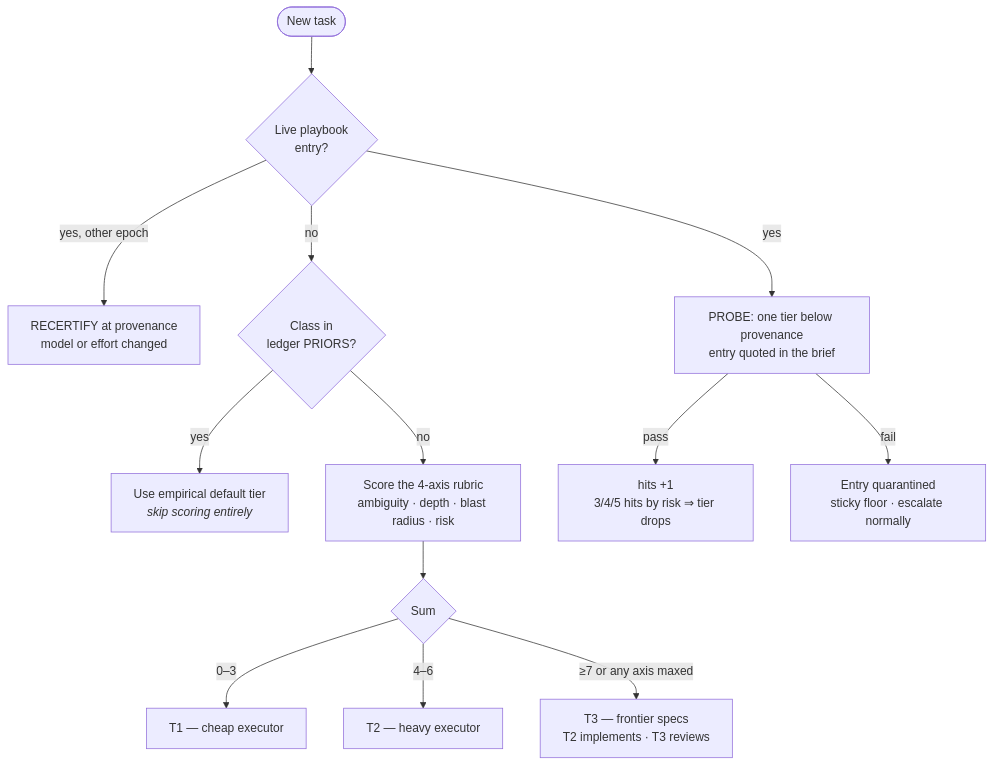
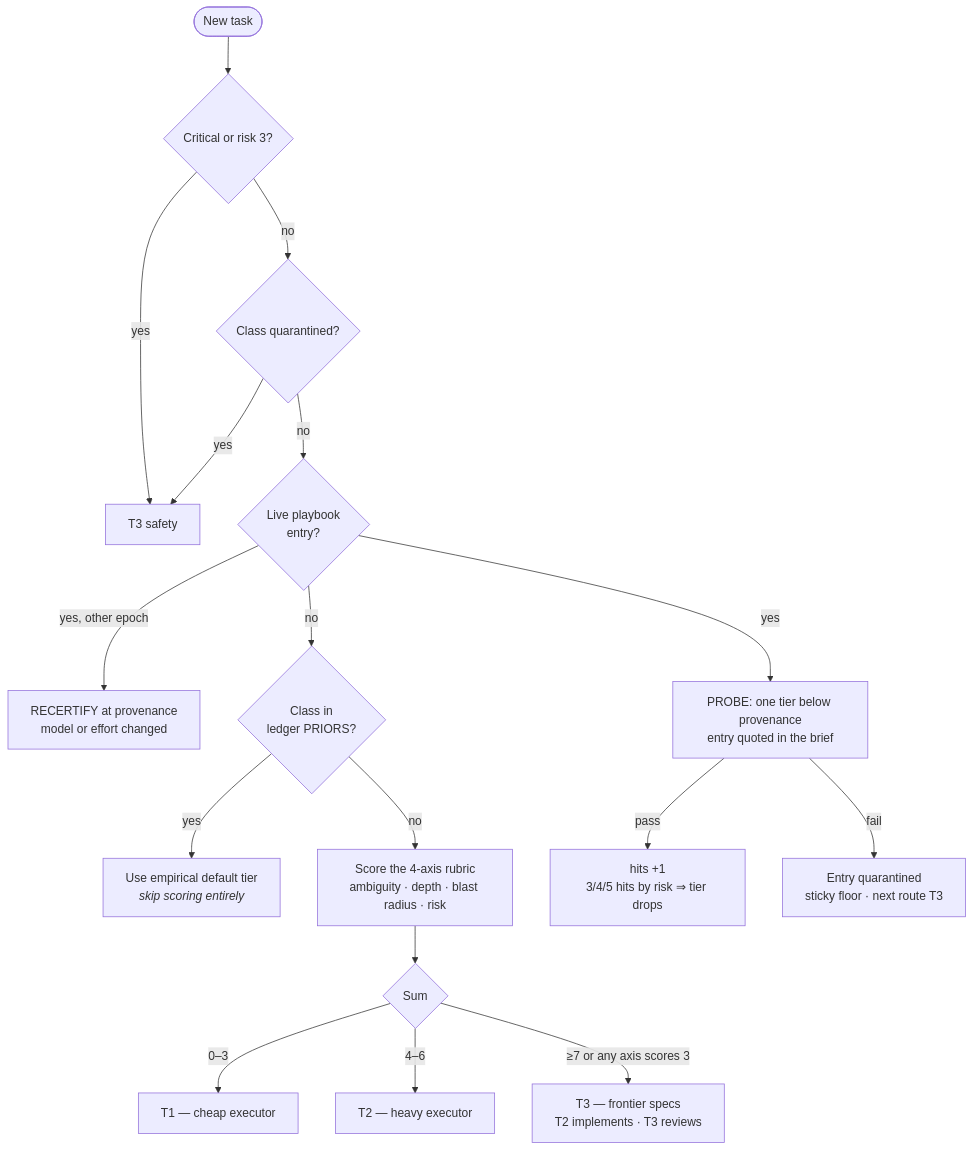
The first of 3 diagrams in README.md (alebgl77/tierdecay), drawn with Mermaid before and after one commit. The commit also changed other lines of this file and 58 other files, not shown here.

````diff
--- a/README.md
+++ b/README.md
@@ -119,15 +119,19 @@
 ```mermaid
 flowchart TD
-    A([New task]) --> B{Live playbook<br/>entry?}
+    A([New task]) --> S{Critical or risk 3?}
+    S -- yes --> X[T3 safety]
+    S -- no --> Q{Class quarantined?}
+    Q -- yes --> X
+    Q -- no --> B{Live playbook<br/>entry?}
     B -- "yes, other epoch" --> R[RECERTIFY at provenance<br/>model or effort changed]
     B -- yes --> E[PROBE: one tier below provenance<br/>entry quoted in the brief]
     B -- no --> D{Class in<br/>ledger PRIORS?}
     D -- yes --> C[Use empirical default tier<br/><i>skip scoring entirely</i>]
     D -- no --> F[Score the 4-axis rubric<br/>ambiguity · depth · blast radius · risk]
     F --> G{Sum}
     G -- "0–3" --> T1[T1 — cheap executor]
     G -- "4–6" --> T2[T2 — heavy executor]
-    G -- "≥7 or any axis maxed" --> T3[T3 — frontier specs<br/>T2 implements · T3 reviews]
+    G -- "≥7 or any axis scores 3" --> T3[T3 — frontier specs<br/>T2 implements · T3 reviews]
     E -- pass --> H[hits +1<br/>3/4/5 hits by risk ⇒ tier drops]
-    E -- fail --> I[Entry quarantined<br/>sticky floor · escalate normally]
+    E -- fail --> I[Entry quarantined<br/>sticky floor · next route T3]
 ```
````
